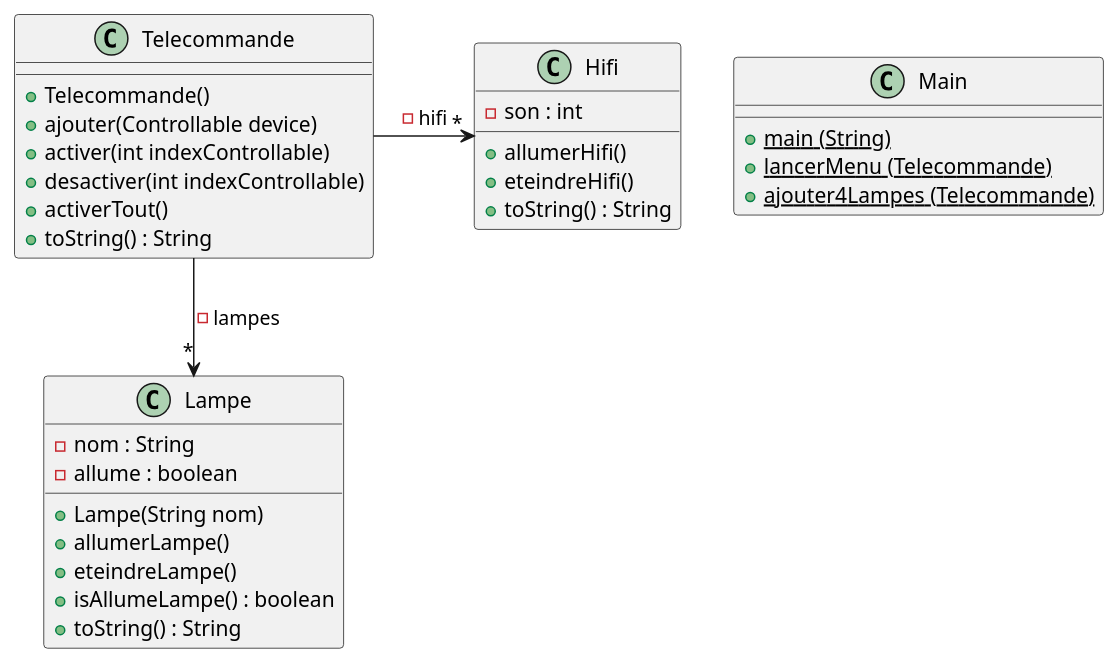
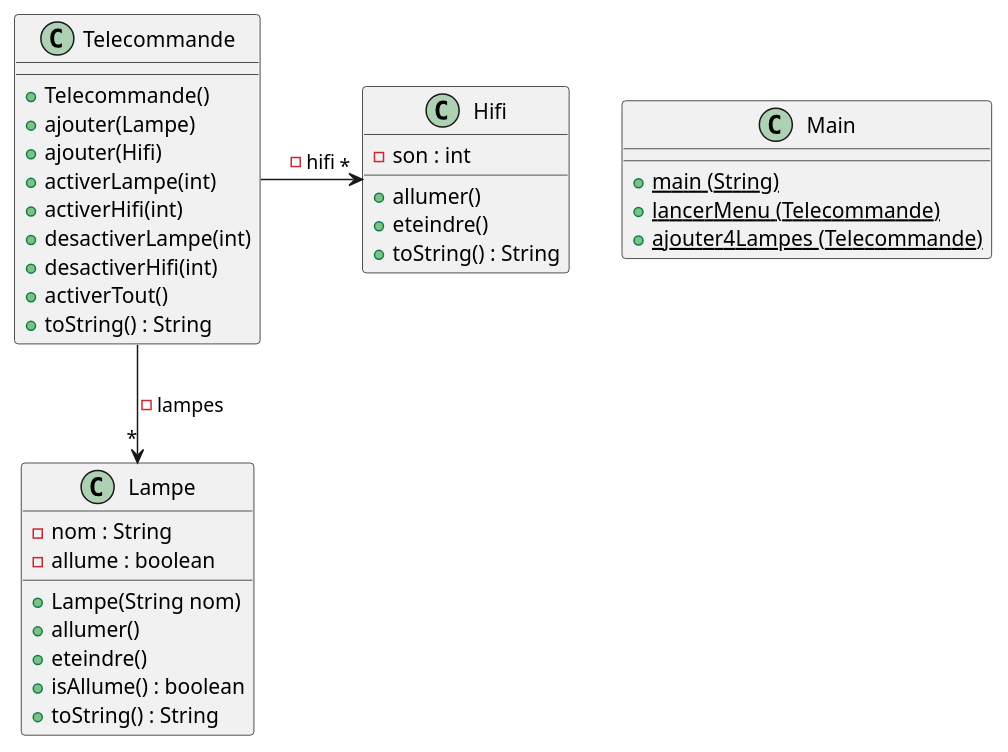
Before and after one commit to Hugo-COLLIN/BUT_S2_COO_domotique: the diagram in Domotique/ressource/diagClasse.plantuml, drawn with PlantUML. The commit also changed 1 other file, not shown here.

```diff
--- a/Domotique/ressource/diagClasse.plantuml
+++ b/Domotique/ressource/diagClasse.plantuml
@@ -1,38 +1,41 @@
 @startuml
 
 class Lampe {
     - nom : String
     - allume : boolean
     + Lampe(String nom)
-    + allumerLampe()
-    + eteindreLampe()
-    + isAllumeLampe() : boolean
+    + allumer()
+    + eteindre()
+    + isAllume() : boolean
     + toString() : String
 }
 
 class Hifi {
     - son : int
-    + allumerHifi()
-    + eteindreHifi()
+    + allumer()
+    + eteindre()
     + toString() : String
 }
 
 class Telecommande {
     + Telecommande()
-    + ajouter(Controllable device)
-    + activer(int indexControllable)
-    + desactiver(int indexControllable)
+    + ajouter(Lampe)
+    + ajouter(Hifi)
+    + activerLampe(int)
+    + activerHifi(int)
+    + desactiverLampe(int)
+    + desactiverHifi(int)
     + activerTout()
     + toString() : String
 }
 
 class Main {
     + main (String) {static}
     + lancerMenu (Telecommande) {static}
     + ajouter4Lampes (Telecommande) {static}
 }
 
 Telecommande --> "*" Lampe : - lampes
 Telecommande -> "*" Hifi : - hifi
 
 @enduml
```
